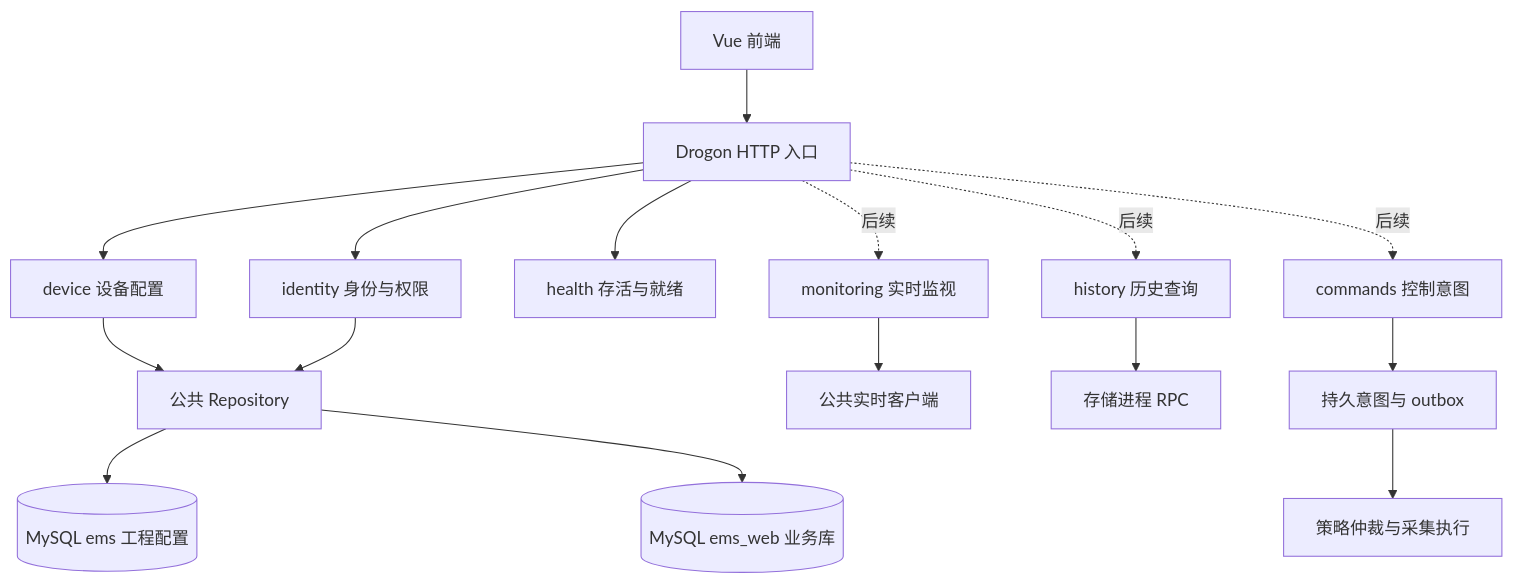
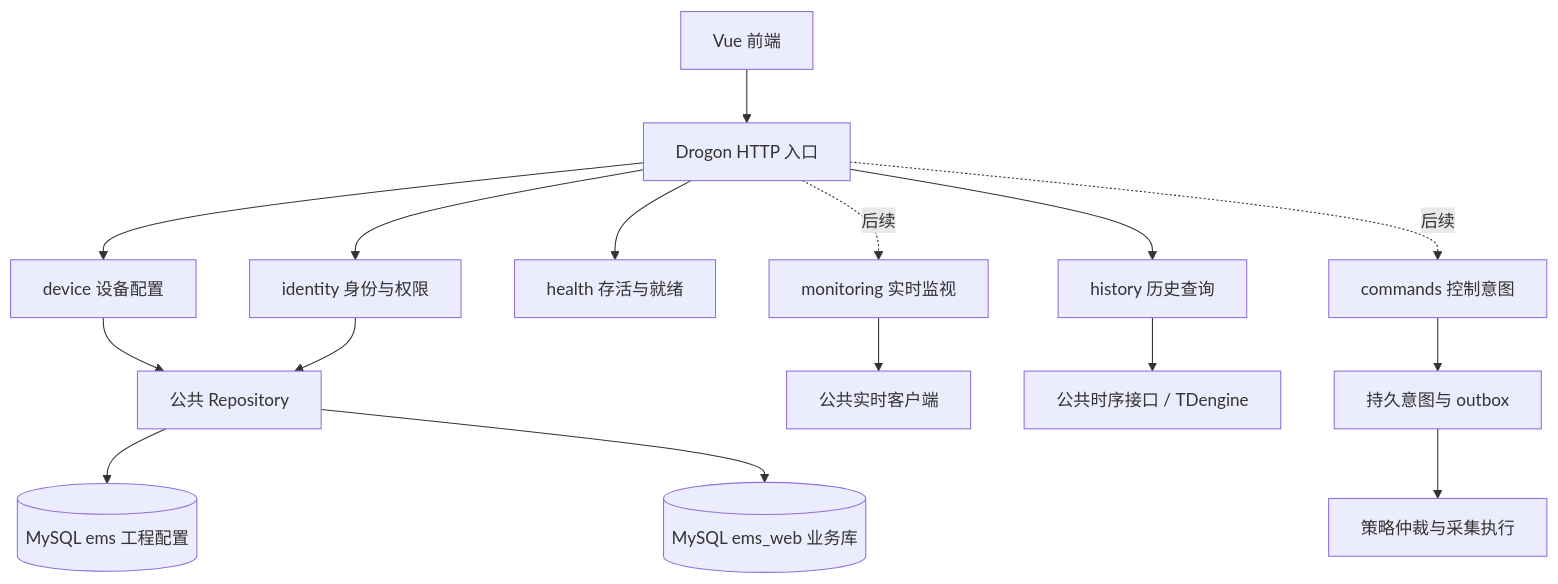
One commit to 600888/ems changed the first of 7 diagrams in website/docs/processes/web/design.md. Above: the diagram before and after it, drawn with Mermaid. The commit also changed other lines of this file and 118 other files, not shown here.

````diff
--- a/website/docs/processes/web/design.md
+++ b/website/docs/processes/web/design.md
@@ -13,18 +13,18 @@
 ```mermaid
 flowchart TB
     UI[Vue 前端] --> HTTP[Drogon HTTP 入口]
     HTTP --> Identity[identity 身份与权限]
     HTTP --> Device[device 设备配置]
     HTTP --> Health[health 存活与就绪]
     HTTP -.后续.-> Monitor[monitoring 实时监视]
-    HTTP -.后续.-> History[history 历史查询]
+    HTTP --> History[history 历史查询]
     HTTP -.后续.-> Commands[commands 控制意图]
     Device --> Repo[公共 Repository]
     Identity --> Repo
     Repo --> DB[(MySQL ems 工程配置)]
     Repo --> WebDB[(MySQL ems_web 业务库)]
     Monitor --> RT[公共实时客户端]
-    History --> Storage[存储进程 RPC]
+    History --> Storage[公共时序接口 / TDengine]
     Commands --> Intent[持久意图与 outbox]
     Intent --> Strategy[策略仲裁与采集执行]
 ```
````
